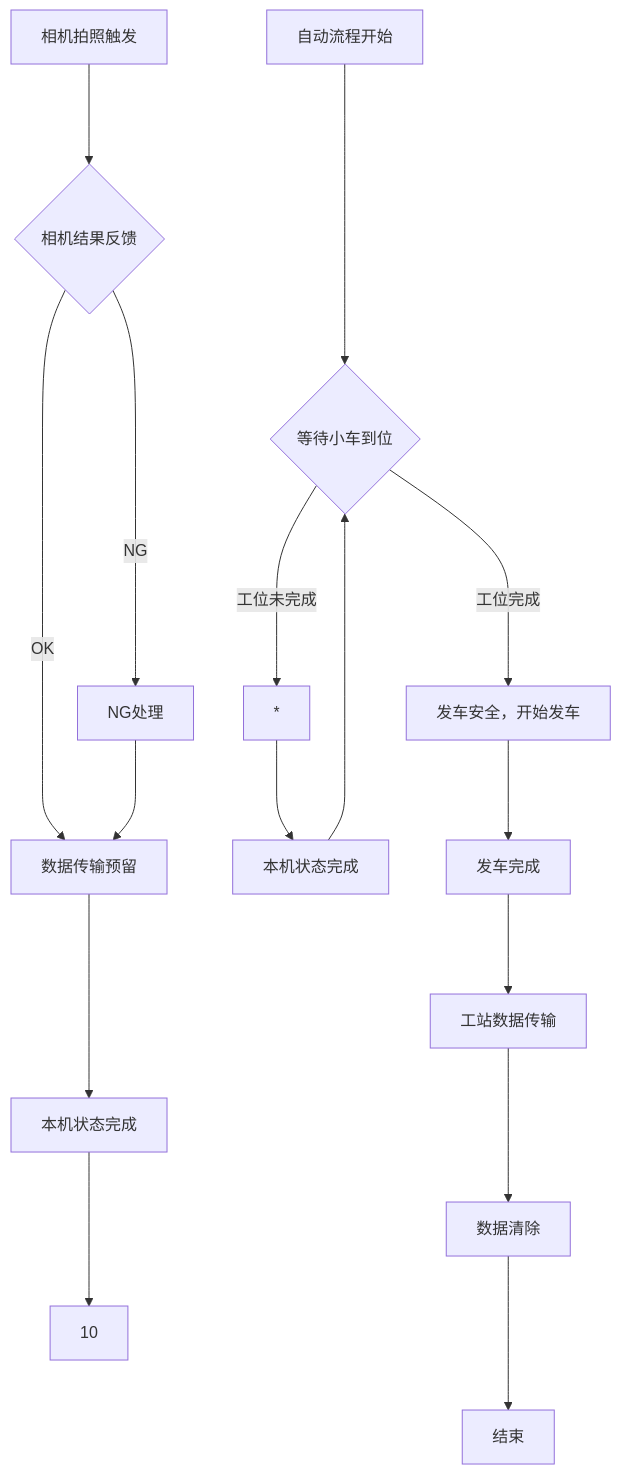
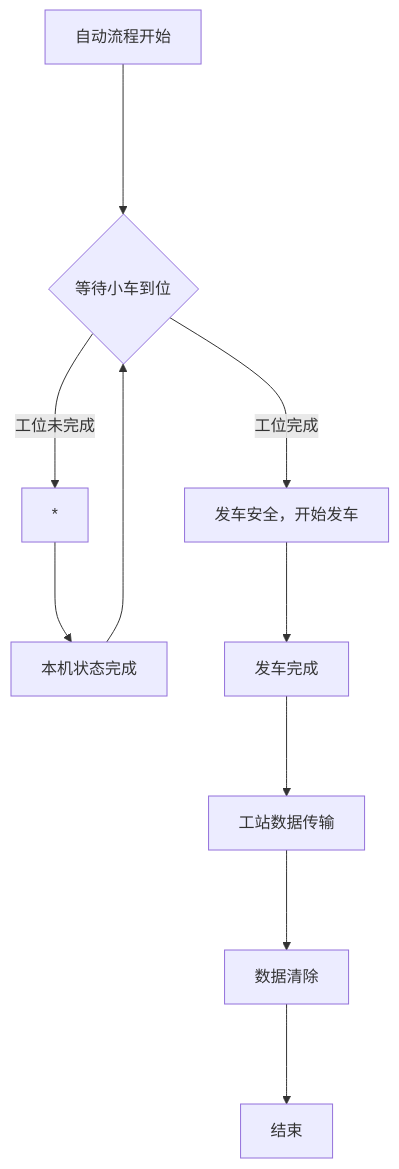
Before and after one commit to zmq000/iodraw-files: the diagram in all/OP80缓存.md, drawn with Mermaid.

Commit message:
2026-06-17 19:13:03 update

````diff
--- a/all/OP80缓存.md
+++ b/all/OP80缓存.md
@@ -1,19 +1,13 @@
 ```mermaid
 graph TD
 自动流程开始---->40
 40{等待小车到位}--->|工位未完成|100
 40--->|工位完成|200
 100[*]--->180
 180[本机状态完成]--->40
-120[相机拍照触发]--->130
-130{相机结果反馈}--->|OK|150
-130---->|NG|140
-140[NG处理]--->150
-150[数据传输预留]---->160
-160[本机状态完成]--->10
 200[发车安全，开始发车]--->210
 210[发车完成]--->220
 220[工站数据传输]--->230
 230[数据清除]--->240
 240[结束]
 ```
````
